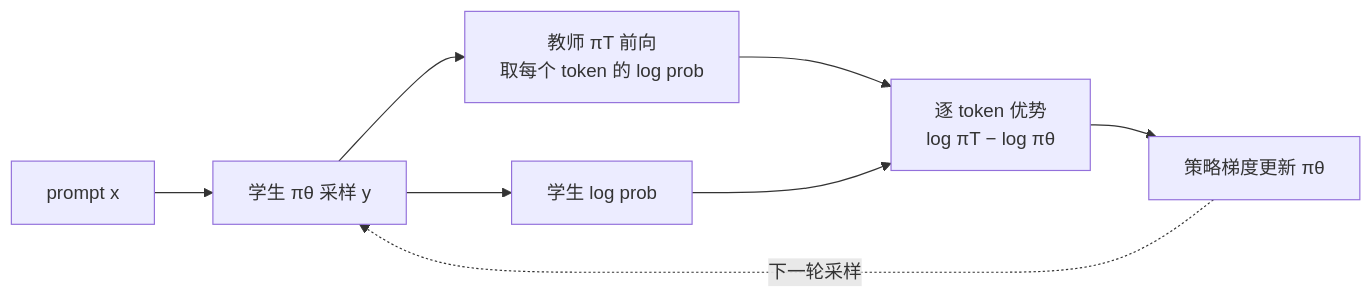
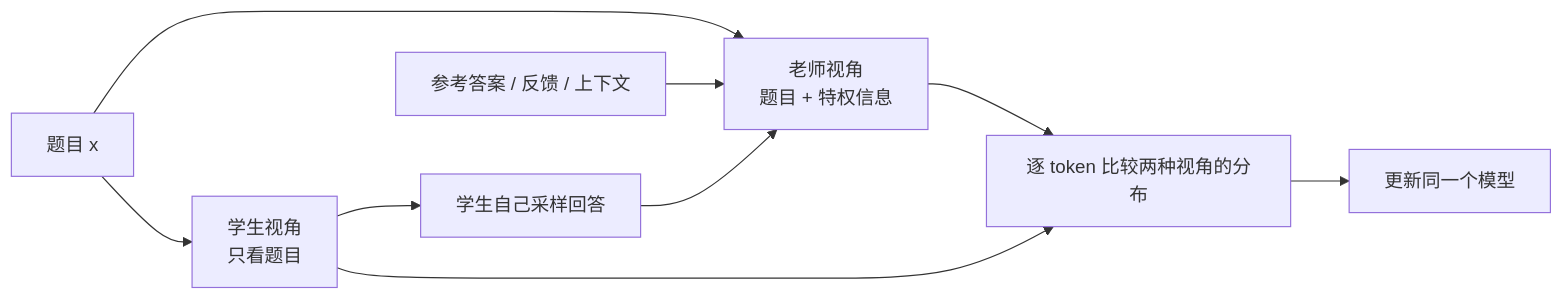
One commit to zhoujx4/llm-atlas changed the second of 3 diagrams in docs/opd/index.md. Above: the diagram before and after it, drawn with Mermaid. The commit also changed other lines of this file and 52 other files, not shown here.

````diff
--- a/docs/opd/index.md
+++ b/docs/opd/index.md
@@ -46,10 +340,11 @@
 ```mermaid
 flowchart LR
-    P[prompt x] --> S[学生 πθ 采样 y]
-    S --> T[教师 πT 前向<br/>取每个 token 的 log prob]
-    S --> L[学生 log prob]
-    T --> A[逐 token 优势<br/>log πT − log πθ]
-    L --> A
-    A --> U[策略梯度更新 πθ]
-    U -. 下一轮采样 .-> S
+    X[题目 x] --> S[学生视角<br/>只看题目]
+    X --> T[老师视角<br/>题目 + 特权信息]
+    R[参考答案 / 反馈 / 上下文] --> T
+    S --> Y[学生自己采样回答]
+    Y --> T
+    T --> KL[逐 token 比较两种视角的分布]
+    S --> KL
+    KL --> U[更新同一个模型]
 ```
````
